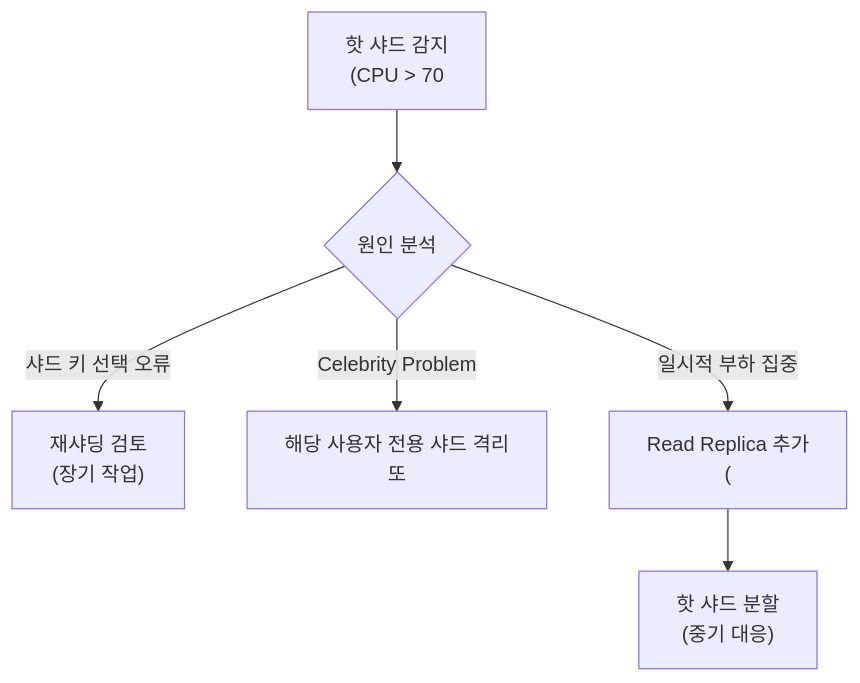
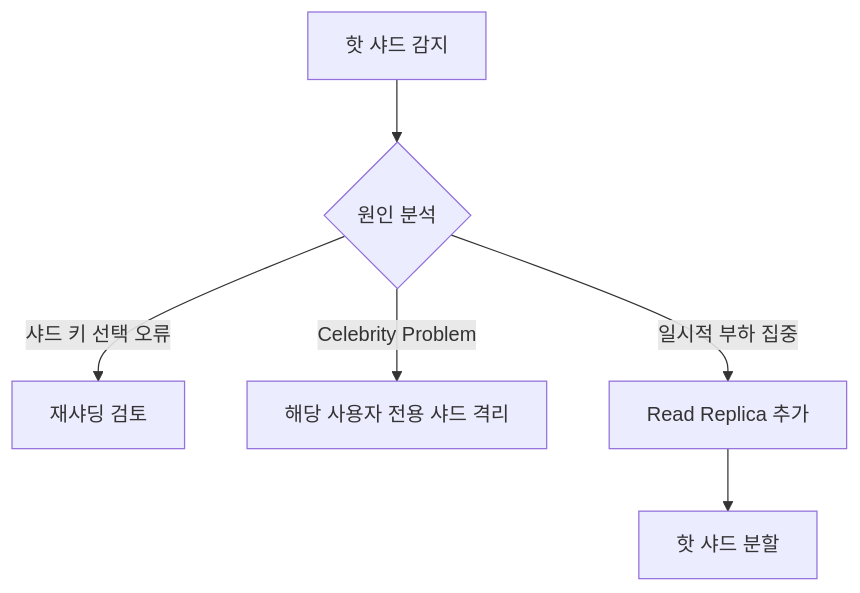
One commit to yjkim2015/yjkim2015.github.io changed diagram 12 of 13 in _posts/db/2026-05-01-db-sharding.md. Above: the diagram before and after it, drawn with Mermaid. The commit also changed other lines of this file and 217 other files, not shown here.

First line of the commit message:
Mermaid 크기 수정: useMaxWidth:true + SVG max-width:100% + 라벨 축소

````diff
--- a/_posts/db/2026-05-01-db-sharding.md
+++ b/_posts/db/2026-05-01-db-sharding.md
@@ -653,8 +653,8 @@
 ```mermaid
 graph TD
-    A["핫 샤드 감지\n(CPU > 70"] --> B{"원인 분석"}
-    B -->|"샤드 키 선택 오류"| C["재샤딩 검토\n(장기 작업)"]
-    B -->|"Celebrity Problem"| D["해당 사용자 전용 샤드 격리\n또"]
-    B -->|"일시적 부하 집중"| E["Read Replica 추가\n("]
-    E --> F["핫 샤드 분할\n(중기 대응)"]
+    A["핫 샤드 감지"] --> B{"원인 분석"}
+    B -->|"샤드 키 선택 오류"| C["재샤딩 검토"]
+    B -->|"Celebrity Problem"| D["해당 사용자 전용 샤드 격리"]
+    B -->|"일시적 부하 집중"| E["Read Replica 추가"]
+    E --> F["핫 샤드 분할"]
 ```
````
